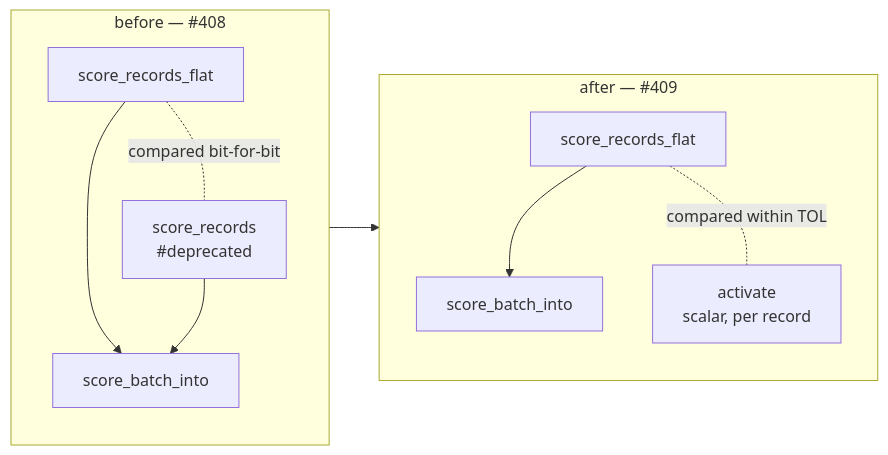
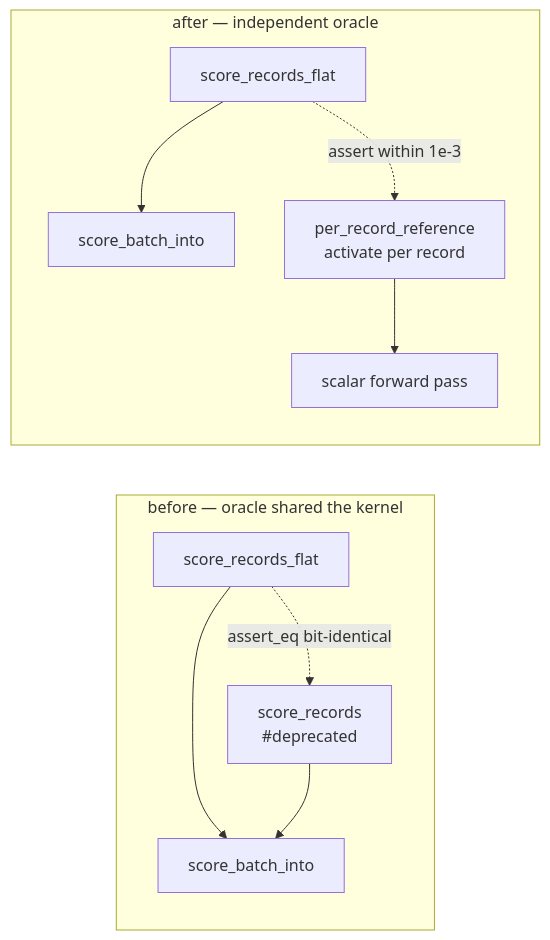
Before and after one commit to stSoftwareAU/NEAT-AI-core: the diagram in docs/archive/pr-summaries/pr-summary-409.md, drawn with Mermaid. The commit also changed other lines of this file, not shown here.

First line of the commit message:
docs: add PR summary for the score_records wrapper deletion (Issue #409)

````diff
--- a/docs/archive/pr-summaries/pr-summary-409.md
+++ b/docs/archive/pr-summaries/pr-summary-409.md
@@ -73,14 +50,13 @@
 ```mermaid
 flowchart LR
-    subgraph before["before — #408"]
-        A1["score_records_flat"] --> K1["score_batch_into"]
-        A2["score_records<br/>#deprecated"] --> K1
-        A1 -. "compared bit-for-bit" .- A2
+    subgraph Before["before — oracle shared the kernel"]
+        F1[score_records_flat] --> K1[score_batch_into]
+        P1[score_records<br/>#deprecated] --> K1
+        F1 -. "assert_eq bit-identical" .-> P1
     end
-    subgraph after["after — #409"]
-        B1["score_records_flat"] --> K2["score_batch_into"]
-        B2["activate<br/>scalar, per record"]
-        B1 -. "compared within TOL" .- B2
+    subgraph After["after — independent oracle"]
+        F2[score_records_flat] --> K2[score_batch_into]
+        R2[per_record_reference<br/>activate per record] --> S2[scalar forward pass]
+        F2 -. "assert within 1e-3" .-> R2
     end
-    before --> after
 ```
````
